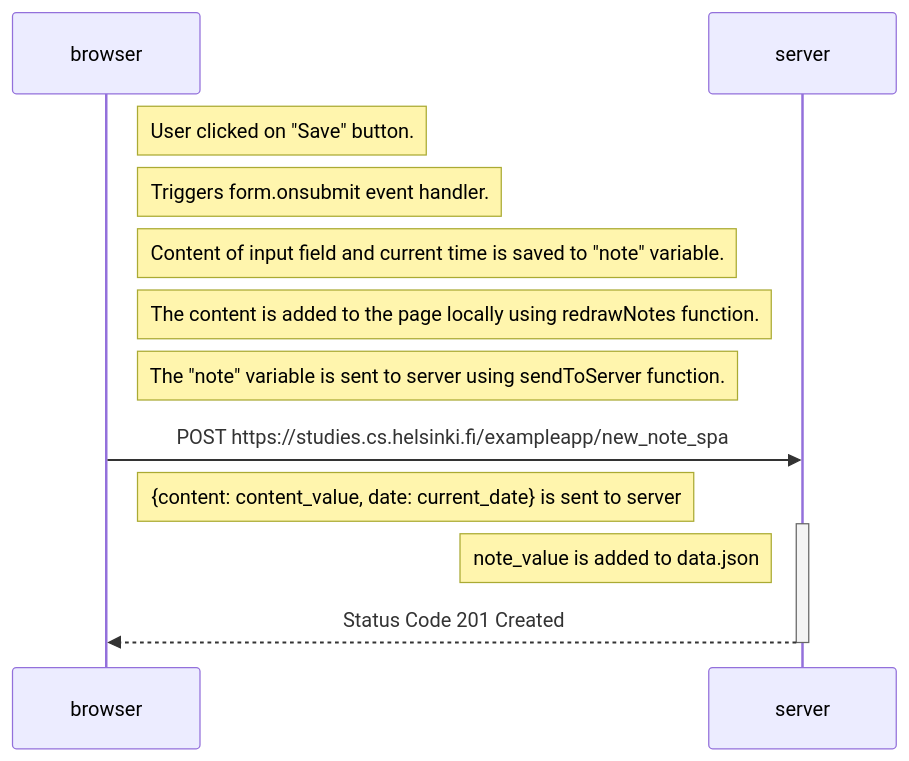
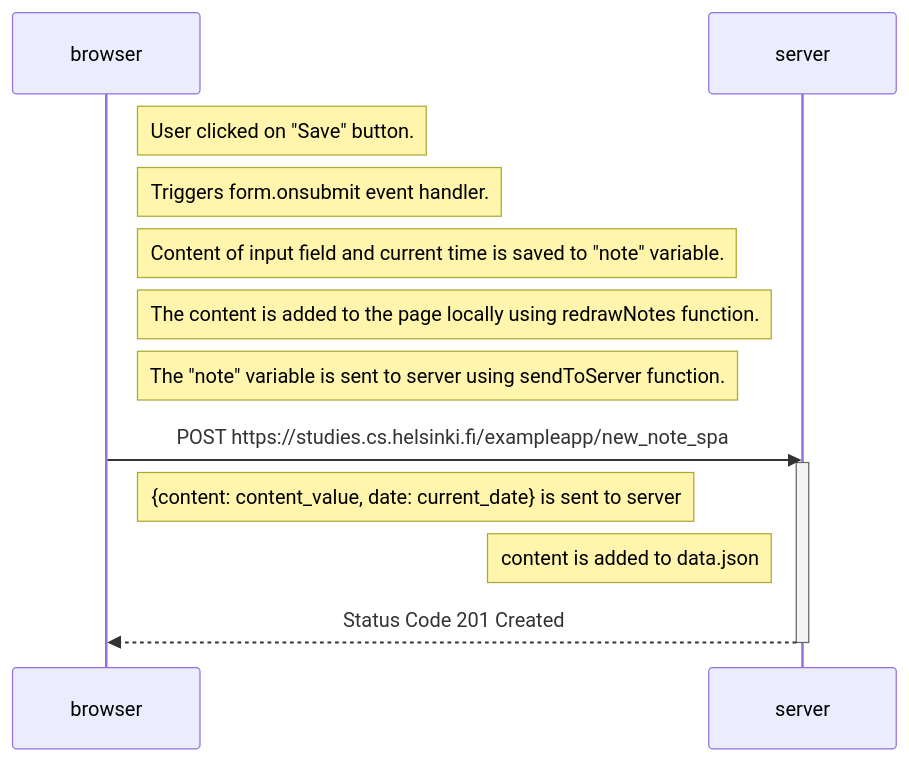
Before and after one commit to hkapplemint/FullStackOpenEx: the diagram in part0/0.6.md, drawn with Mermaid.

````diff
--- a/part0/0.6.md
+++ b/part0/0.6.md
@@ -1,18 +1,18 @@
 ```mermaid
 sequenceDiagram
   participant browser
   participant server
 
   Note right of browser: User clicked on "Save" button.
   Note right of browser: Triggers form.onsubmit event handler.
   Note right of browser: Content of input field and current time is saved to "note" variable.
   Note right of browser: The content is added to the page locally using redrawNotes function.
   Note right of browser: The "note" variable is sent to server using sendToServer function.
 
   browser->>server: POST https://studies.cs.helsinki.fi/exampleapp/new_note_spa
+  activate server
   Note right of browser: {content: content_value, date: current_date} is sent to server
-  activate server
-  Note left of server: note_value is added to data.json
+  Note left of server: content is added to data.json
   server-->>browser: Status Code 201 Created
   deactivate server
 ```
````
